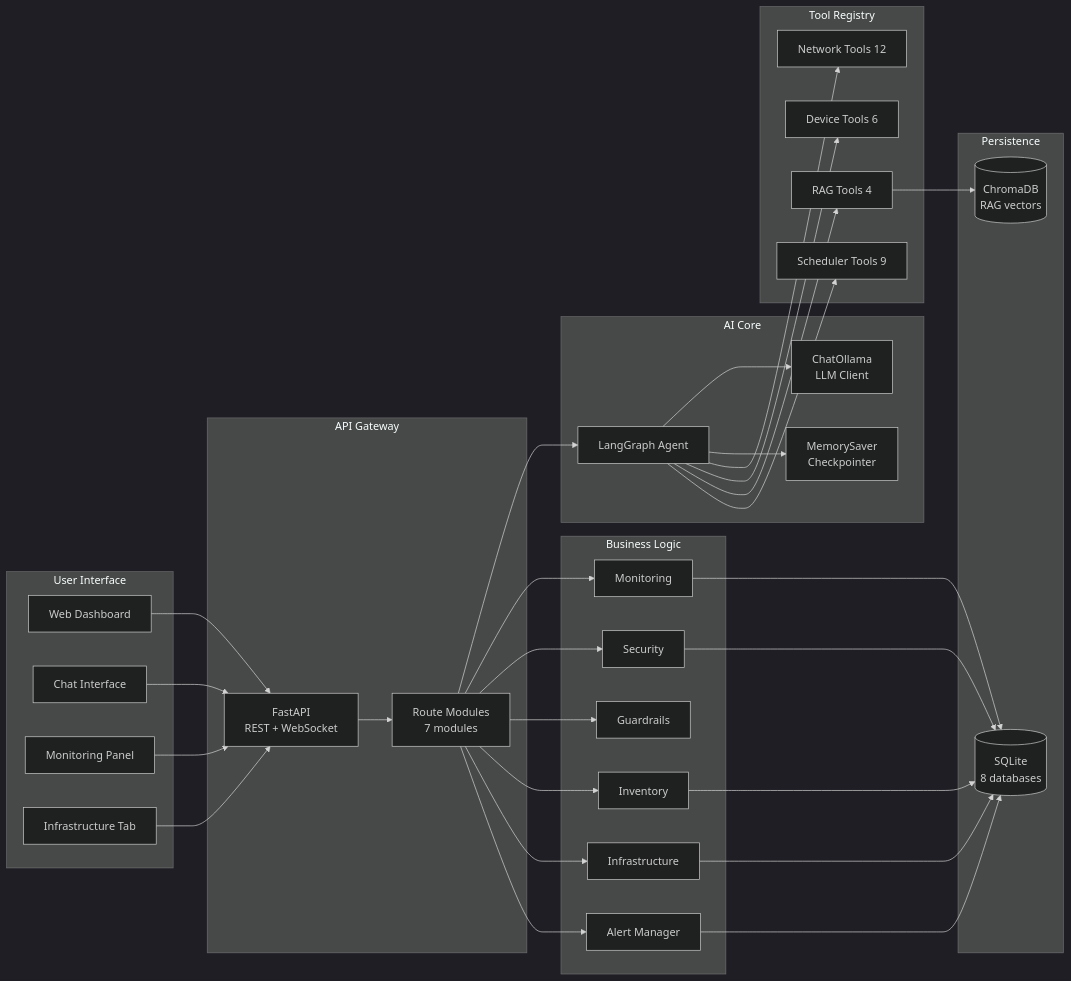
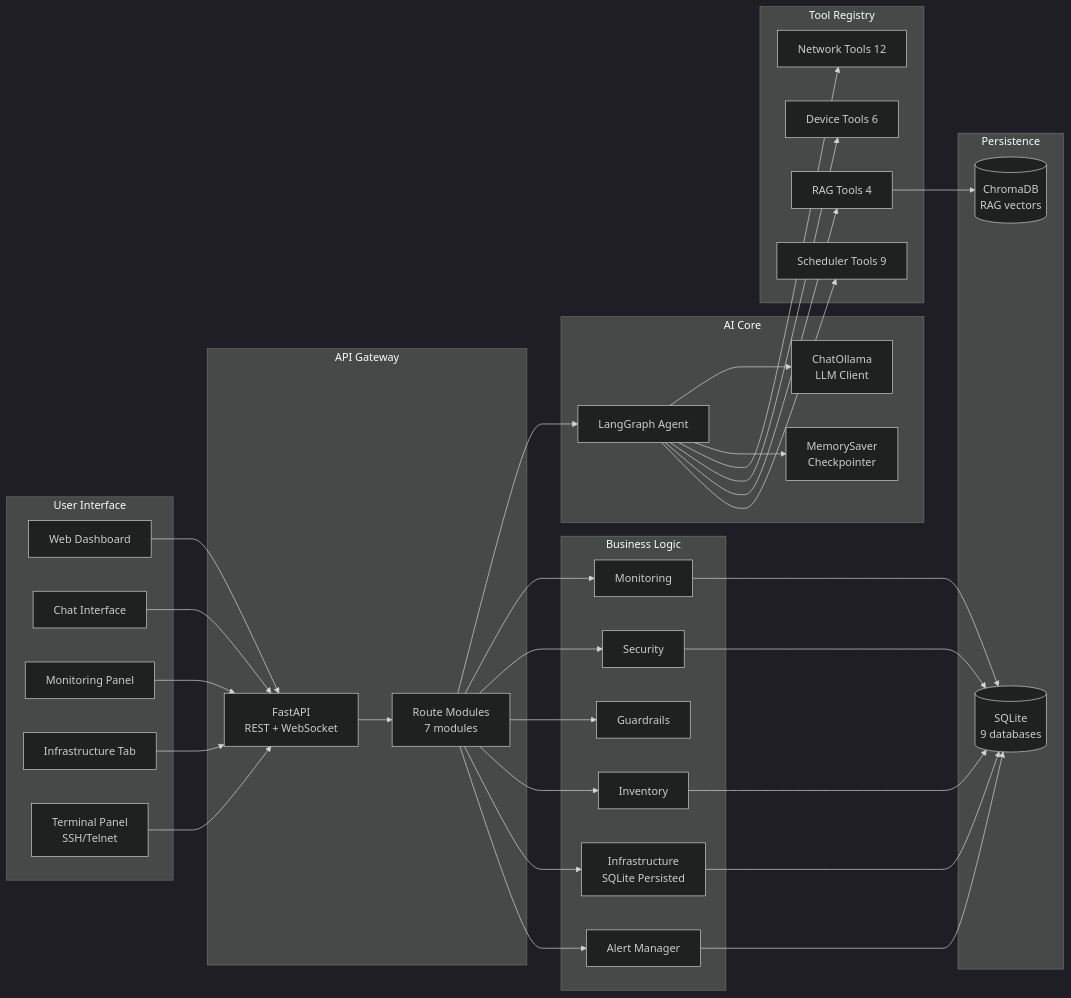
The ninth of 10 diagrams in README.md (IndraSugara/AgenticNet), drawn with Mermaid (dark theme) before and after one commit. The commit also changed other lines of this file and 39 other files, not shown here.

````diff
--- a/README.md
+++ b/README.md
@@ -1096,51 +1151,52 @@
 ```mermaid
 graph LR
     subgraph "User Interface"
         A[Web Dashboard]
         B[Chat Interface]
         C[Monitoring Panel]
         D[Infrastructure Tab]
+        T2[Terminal Panel<br/>SSH/Telnet]
     end
     
     subgraph "API Gateway"
         E[FastAPI<br/>REST + WebSocket]
         F[Route Modules<br/>7 modules]
     end
     
     subgraph "AI Core"
         G[LangGraph Agent]
         H[ChatOllama<br/>LLM Client]
         I[MemorySaver<br/>Checkpointer]
     end
     
     subgraph "Tool Registry"
         J[Network Tools 12]
         K[Device Tools 6]
         L[RAG Tools 4]
         M[Scheduler Tools 9]
     end
     
     subgraph "Business Logic"
         N[Monitoring]
         O[Security]
         P[Guardrails]
         Q[Inventory]
-        R[Infrastructure]
+        R[Infrastructure<br/>SQLite Persisted]
         S[Alert Manager]
     end
     
     subgraph "Persistence"
-        T[(SQLite<br/>8 databases)]
+        T[(SQLite<br/>9 databases)]
         U[(ChromaDB<br/>RAG vectors)]
     end
     
-    A & B & C & D --> E
+    A & B & C & D & T2 --> E
     E --> F
     F --> G
     G --> H
     G --> I
     G --> J & K & L & M
     F --> N & O & P & Q & R & S
     N & O & Q & R & S --> T
     L --> U
 ```
````
